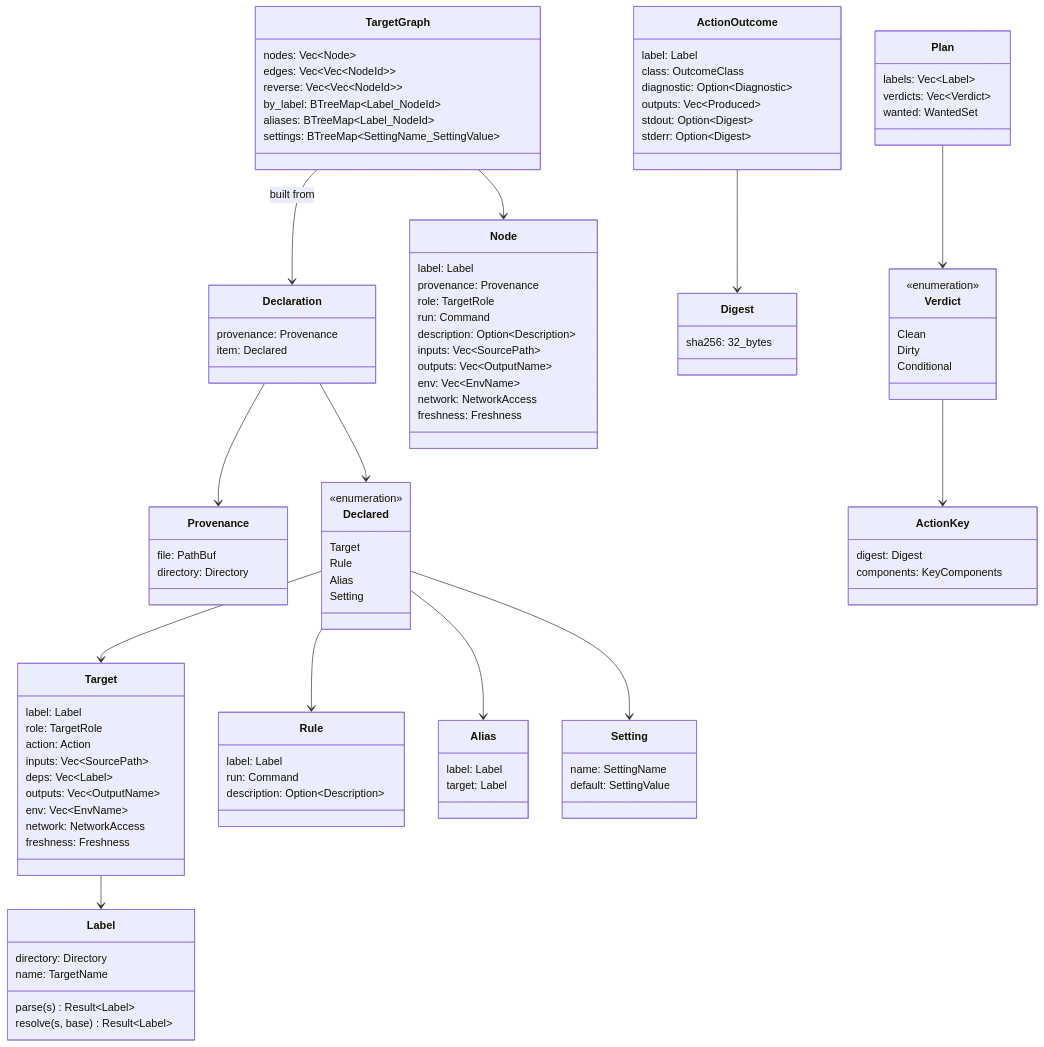
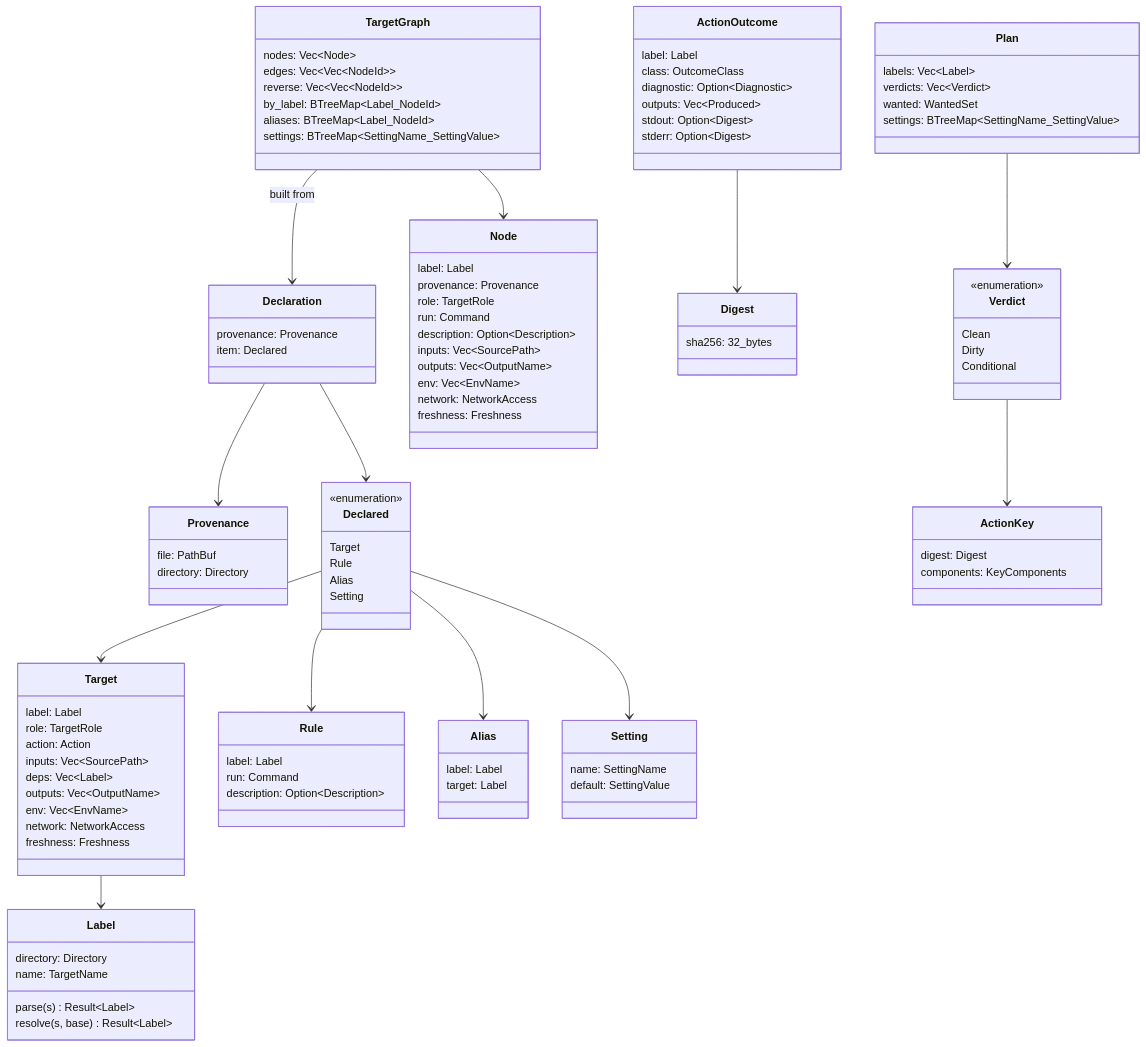
One commit to airsstack/buildl changed the second of 3 diagrams in docs/architecture.md. Above: the diagram before and after it, drawn with Mermaid. The commit also changed other lines of this file and 220 other files, not shown here.

```diff
--- a/docs/architecture.md
+++ b/docs/architecture.md
@@ -124,6 +124,7 @@
         labels: Vec~Label~
         verdicts: Vec~Verdict~
         wanted: WantedSet
+        settings: BTreeMap~SettingName_SettingValue~
     }
     class Verdict {
         <<enumeration>>
```
